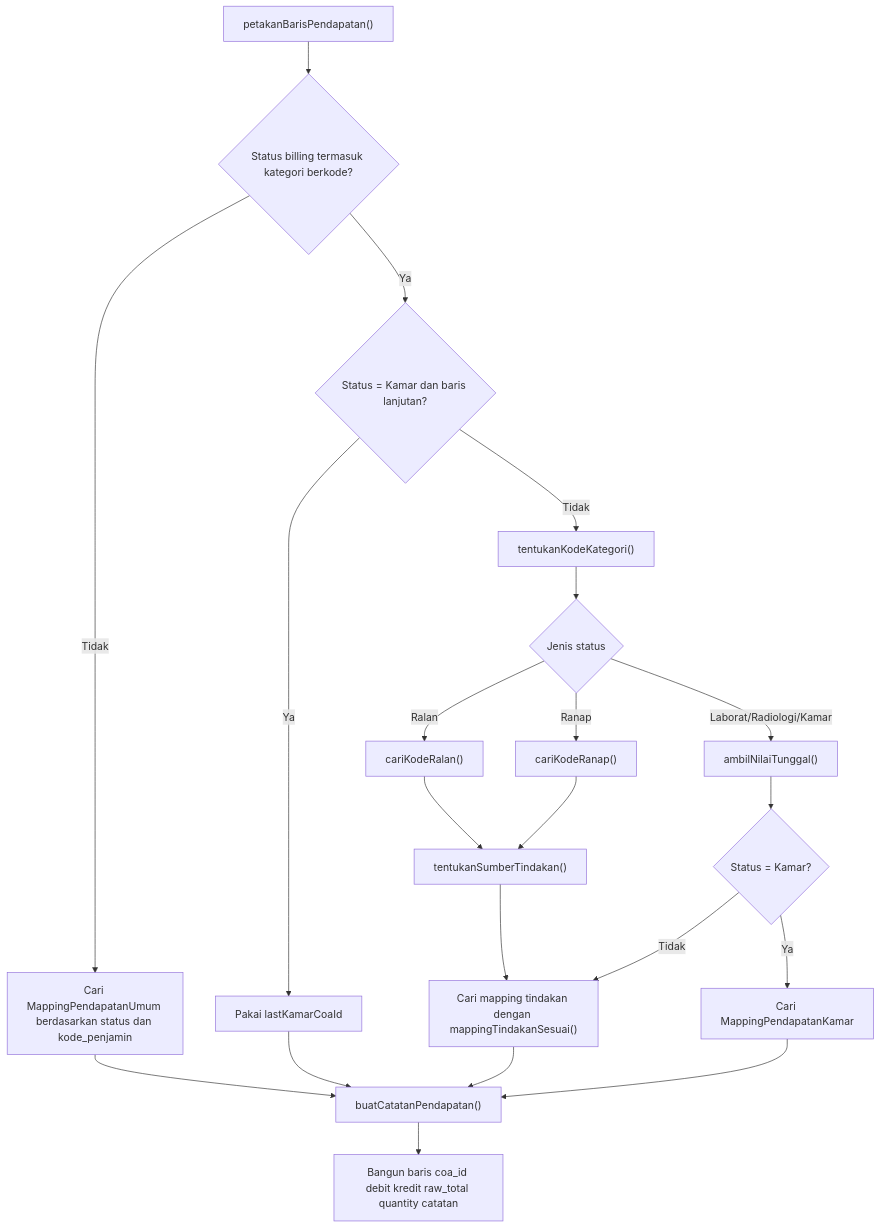
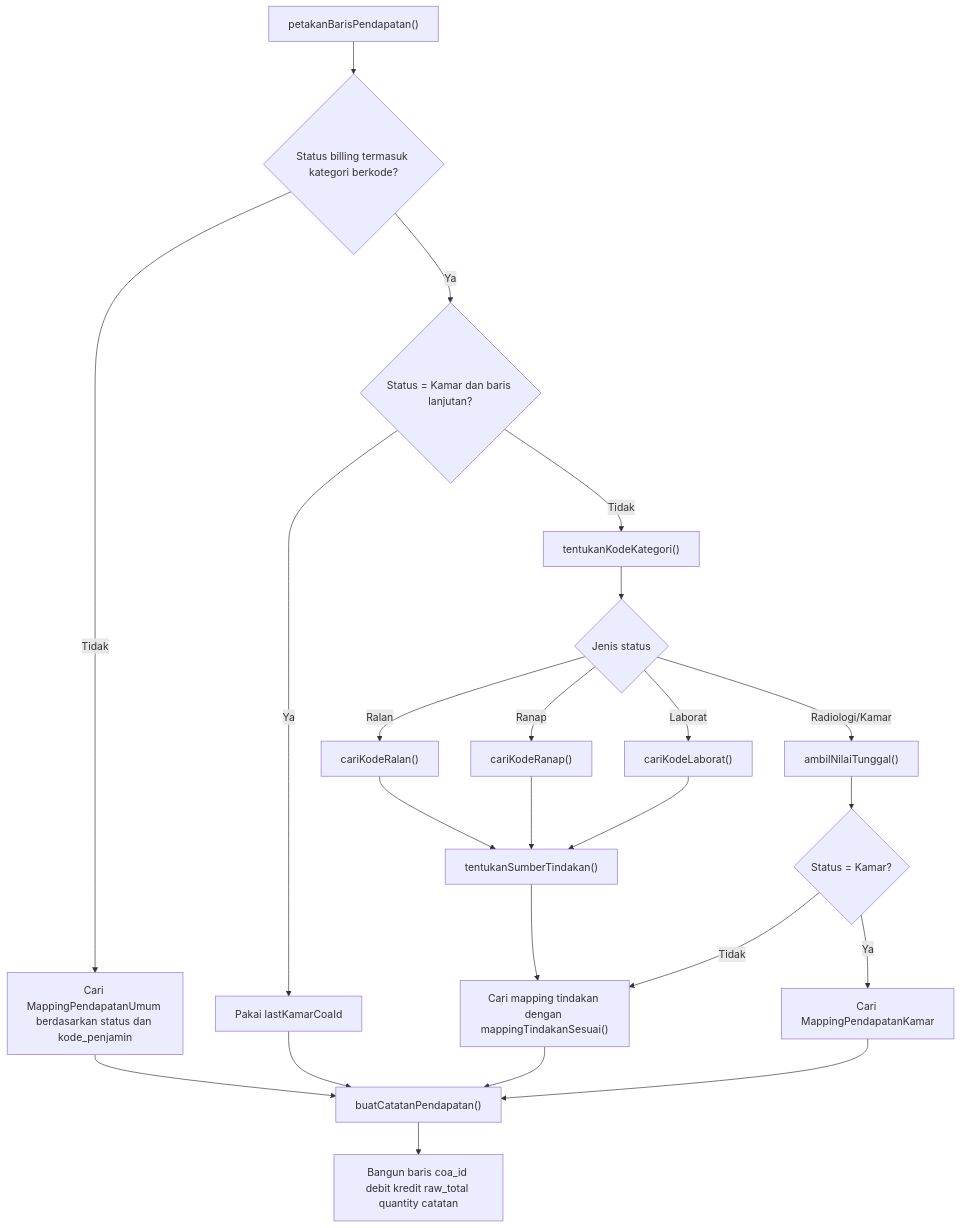
One commit to AltamaSidoarjo/laravel-siakurat-pt-smt changed the third of 6 diagrams in dokumentasi/bridging-pendapatan.md. Above: the diagram before and after it, drawn with Mermaid. The commit also changed other lines of this file, not shown here.

Commit message:
docs: perbarui alur bridging pendapatan

````diff
--- a/dokumentasi/bridging-pendapatan.md
+++ b/dokumentasi/bridging-pendapatan.md
@@ -143,26 +143,28 @@
 ```mermaid
 flowchart TD
     A["petakanBarisPendapatan()"] --> B{"Status billing termasuk kategori berkode?"}
     B -- Tidak --> C["Cari MappingPendapatanUmum berdasarkan status dan kode_penjamin"]
     B -- Ya --> D{"Status = Kamar dan baris lanjutan?"}
     D -- Ya --> E["Pakai lastKamarCoaId"]
     D -- Tidak --> F["tentukanKodeKategori()"]
 
     F --> G{"Jenis status"}
     G -- Ralan --> H["cariKodeRalan()"]
     G -- Ranap --> I["cariKodeRanap()"]
-    G -- Laborat/Radiologi/Kamar --> J["ambilNilaiTunggal()"]
+    G -- Laborat --> J["cariKodeLaborat()"]
+    G -- Radiologi/Kamar --> K["ambilNilaiTunggal()"]
 
-    H --> K["tentukanSumberTindakan()"]
-    I --> K
-    J --> L{"Status = Kamar?"}
-    K --> M["Cari mapping tindakan dengan mappingTindakanSesuai()"]
-    L -- Ya --> N["Cari MappingPendapatanKamar"]
-    L -- Tidak --> M
+    H --> L["tentukanSumberTindakan()"]
+    I --> L
+    J --> L
+    K --> M{"Status = Kamar?"}
+    L --> N["Cari mapping tindakan dengan mappingTindakanSesuai()"]
+    M -- Ya --> O["Cari MappingPendapatanKamar"]
+    M -- Tidak --> N
 
-    C --> O["buatCatatanPendapatan()"]
-    E --> O
-    M --> O
-    N --> O
-    O --> P["Bangun baris coa_id debit kredit raw_total quantity catatan"]
+    C --> P["buatCatatanPendapatan()"]
+    E --> P
+    N --> P
+    O --> P
+    P --> Q["Bangun baris coa_id debit kredit raw_total quantity catatan"]
 ```
````
